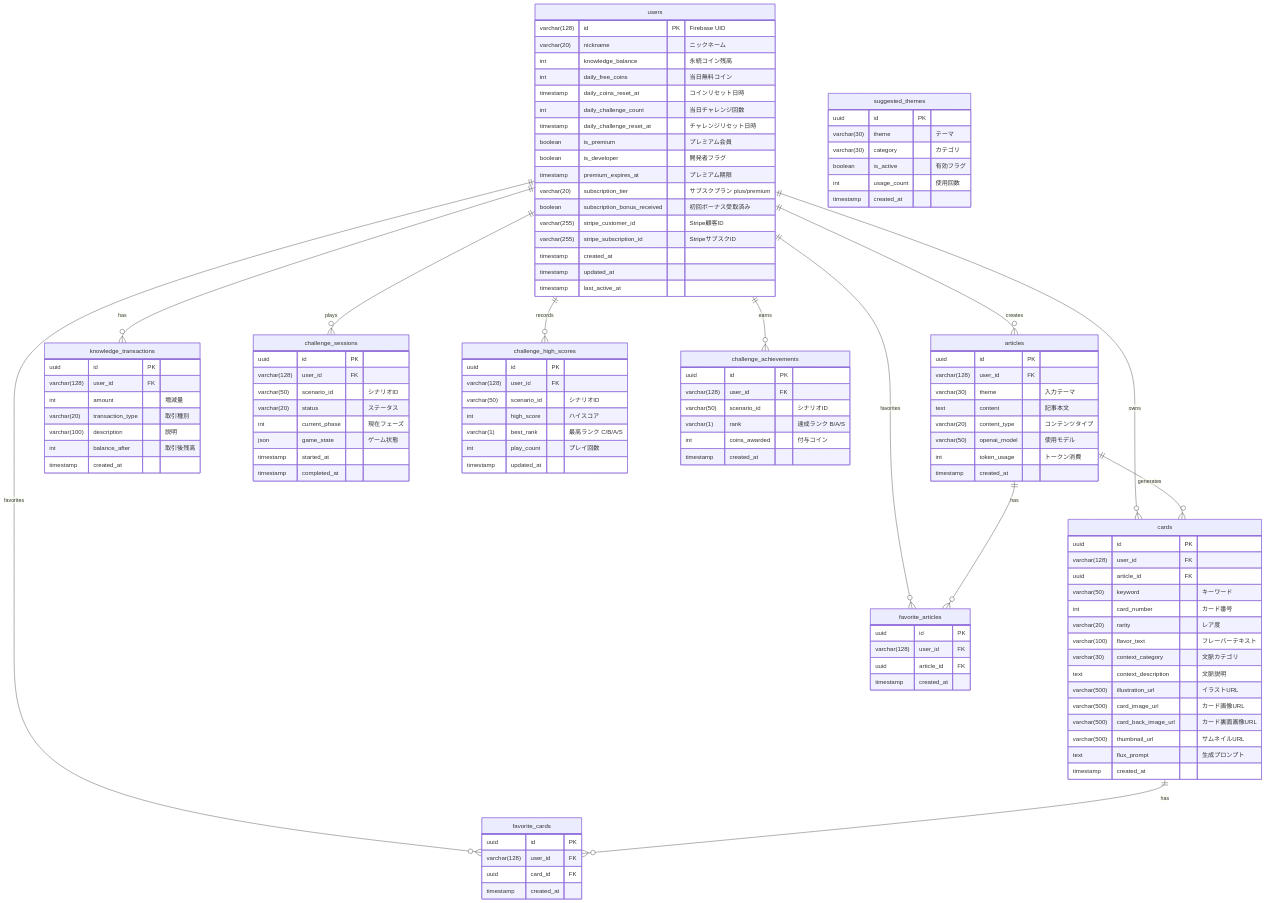
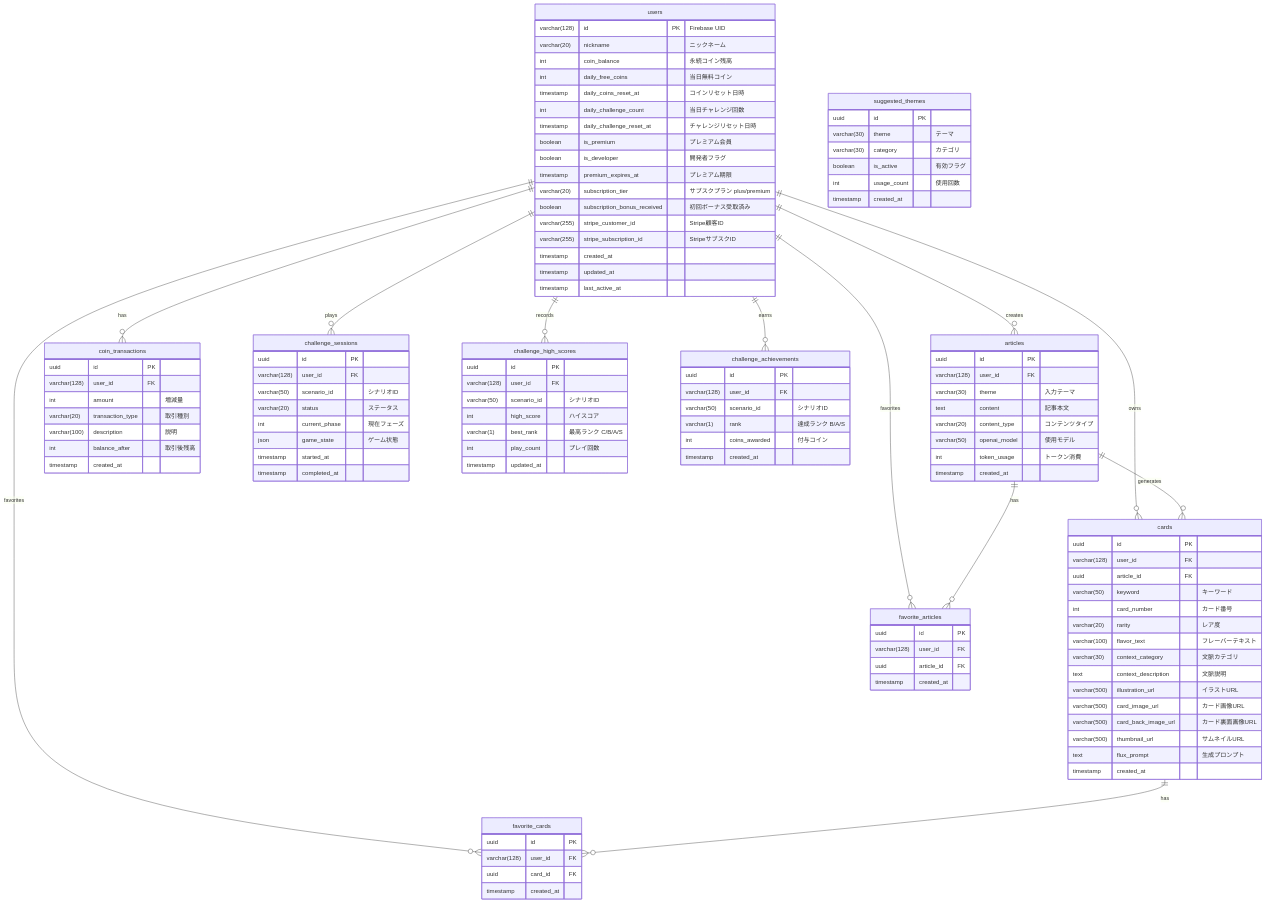
The diagram in docs/specs/database.md (ToYamane/articard), drawn with Mermaid before and after one commit. The commit also changed other lines of this file and 64 other files, not shown here.

```diff
--- a/docs/specs/database.md
+++ b/docs/specs/database.md
@@ -13,7 +13,7 @@
     users ||--o{ articles : "creates"
     users ||--o{ cards : "owns"
     articles ||--o{ cards : "generates"
-    users ||--o{ knowledge_transactions : "has"
+    users ||--o{ coin_transactions : "has"
     users ||--o{ challenge_sessions : "plays"
     users ||--o{ challenge_high_scores : "records"
     users ||--o{ challenge_achievements : "earns"
@@ -25,7 +25,7 @@
     users {
         varchar(128) id PK "Firebase UID"
         varchar(20) nickname "ニックネーム"
-        int knowledge_balance "永続コイン残高"
+        int coin_balance "永続コイン残高"
         int daily_free_coins "当日無料コイン"
         timestamp daily_coins_reset_at "コインリセット日時"
         int daily_challenge_count "当日チャレンジ回数"
@@ -71,7 +71,7 @@
         timestamp created_at
     }
 
-    knowledge_transactions {
+    coin_transactions {
         uuid id PK
         varchar(128) user_id FK
         int amount "増減量"
```
